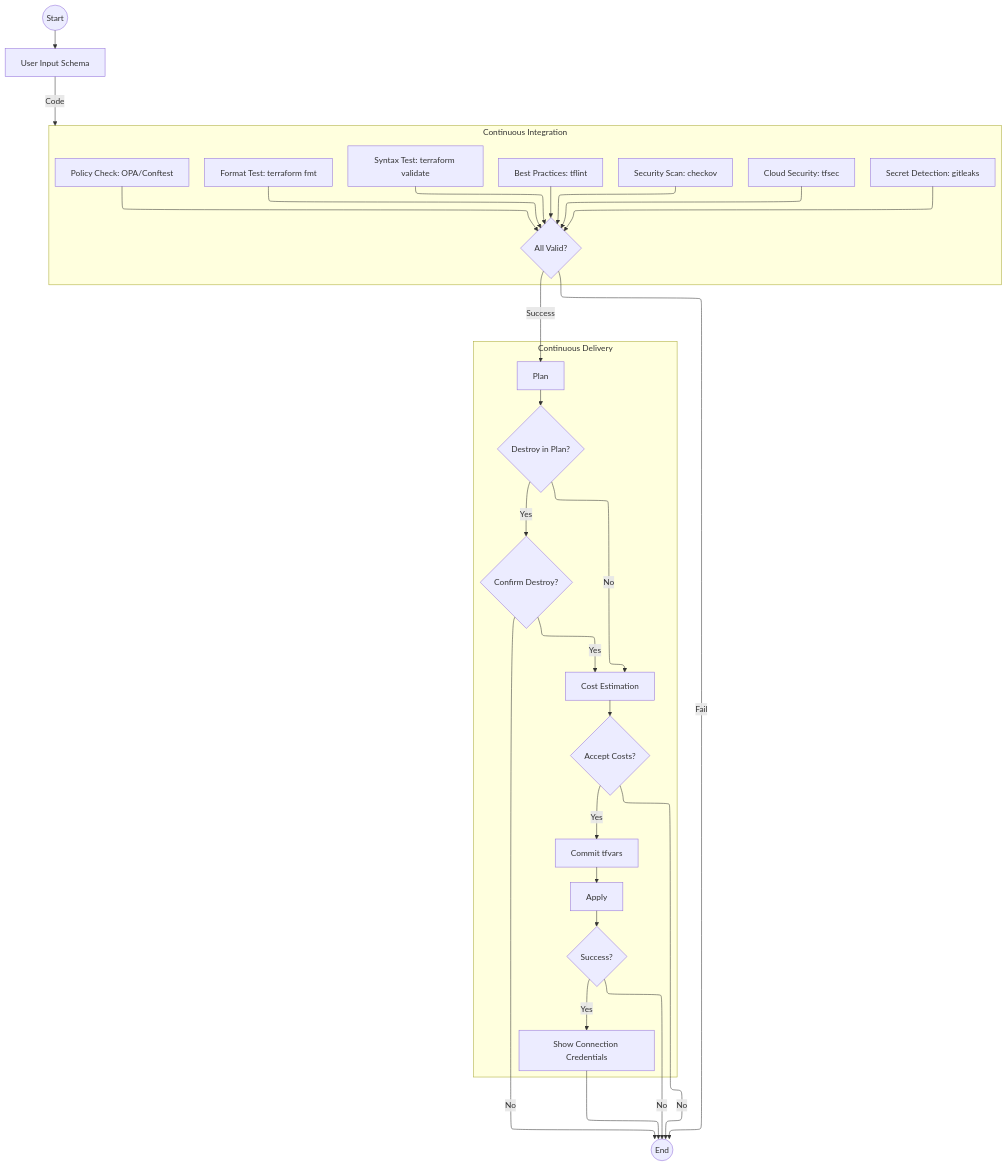
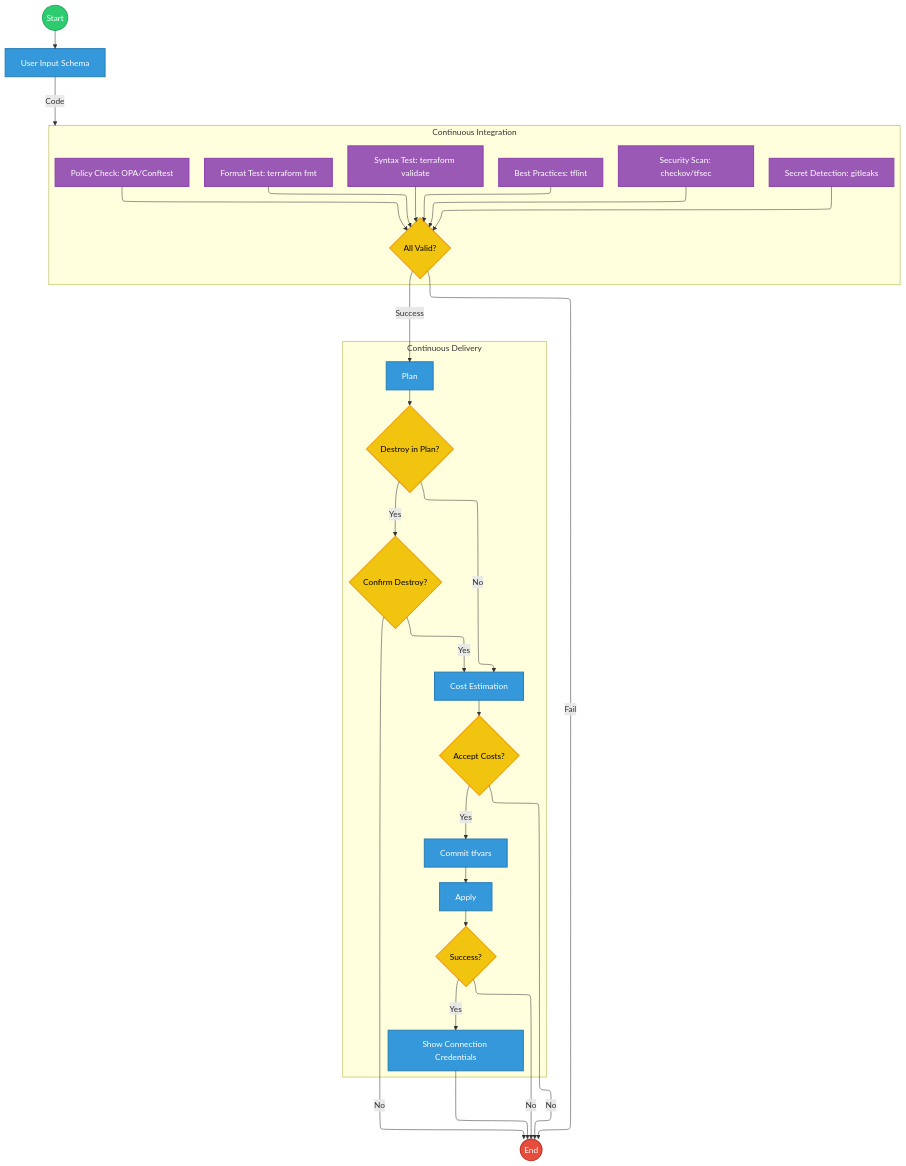
One commit to alex-tw-lam/tf-workflow changed the diagram in terraform-workflow.md. Above: the diagram before and after it, drawn with Mermaid. The commit also changed other lines of this file, not shown here.

Commit message:
Enhance Terraform workflow diagram: unify security scan tools under a single label and improve node styling for better clarity

````diff
--- a/terraform-workflow.md
+++ b/terraform-workflow.md
@@ -1,30 +1,59 @@
 ```mermaid
 flowchart-elk TB
+    %% Node definitions
     Start((Start)) --> A[User Input Schema]
     A -->|Code| CI
 
     subgraph CI[Continuous Integration]
         direction TB
-        V1[Format Test: terraform fmt] & V2[Syntax Test: terraform validate] & V3[Best Practices: tflint] & V4[Security Scan: checkov] & V6[Cloud Security: tfsec] & V7[Secret Detection: gitleaks] & V8[Policy Check: OPA/Conftest] --> V5{All Valid?}
+        V1[Format Test: terraform fmt] & V2[Syntax Test: terraform validate] & V3[Best Practices: tflint] & V4[Security Scan: checkov/tfsec] & V7[Secret Detection: gitleaks] & V8[Policy Check: OPA/Conftest] --> V5{All Valid?}
     end
 
     subgraph CD[Continuous Delivery]
         direction TB
         D[Plan] --> E{Destroy in Plan?}
         E -->|No| G[Cost Estimation]
         E -->|Yes| F{Confirm Destroy?}
         F -->|Yes| G
         G --> K{Accept Costs?}
         K -->|Yes| L[Commit tfvars]
         L --> H[Apply]
         H --> I{Success?}
         I -->|Yes| J[Show Connection Credentials]
     end
 
     V5 -->|Success| D
-    V5 -->|Fail| End((End))
-    F -->|No| End
-    K -->|No| End
-    I -->|No| End
-    J --> End
+    V5 -->|Fail| Stop((End))
+    F -->|No| Stop
+    K -->|No| Stop
+    I -->|No| Stop
+    J --> Stop
+
+    %% Styling
+    style Start fill:#2ecc71,stroke:#27ae60,stroke-width:2px,color:white
+    style Stop fill:#e74c3c,stroke:#c0392b,stroke-width:2px,color:white
+    
+    %% Activity nodes
+    style A fill:#3498db,stroke:#2980b9,stroke-width:2px,color:white
+    style D fill:#3498db,stroke:#2980b9,stroke-width:2px,color:white
+    style G fill:#3498db,stroke:#2980b9,stroke-width:2px,color:white
+    style L fill:#3498db,stroke:#2980b9,stroke-width:2px,color:white
+    style H fill:#3498db,stroke:#2980b9,stroke-width:2px,color:white
+    style J fill:#3498db,stroke:#2980b9,stroke-width:2px,color:white
+
+    %% Test nodes
+    style V1 fill:#9b59b6,stroke:#8e44ad,stroke-width:2px,color:white
+    style V2 fill:#9b59b6,stroke:#8e44ad,stroke-width:2px,color:white
+    style V3 fill:#9b59b6,stroke:#8e44ad,stroke-width:2px,color:white
+    style V4 fill:#9b59b6,stroke:#8e44ad,stroke-width:2px,color:white
+    style V7 fill:#9b59b6,stroke:#8e44ad,stroke-width:2px,color:white
+    style V8 fill:#9b59b6,stroke:#8e44ad,stroke-width:2px,color:white
+
+    %% Decision nodes
+    style V5 fill:#f1c40f,stroke:#f39c12,stroke-width:2px,color:black
+    style E fill:#f1c40f,stroke:#f39c12,stroke-width:2px,color:black
+    style F fill:#f1c40f,stroke:#f39c12,stroke-width:2px,color:black
+    style K fill:#f1c40f,stroke:#f39c12,stroke-width:2px,color:black
+    style I fill:#f1c40f,stroke:#f39c12,stroke-width:2px,color:black
+
 ```
````
